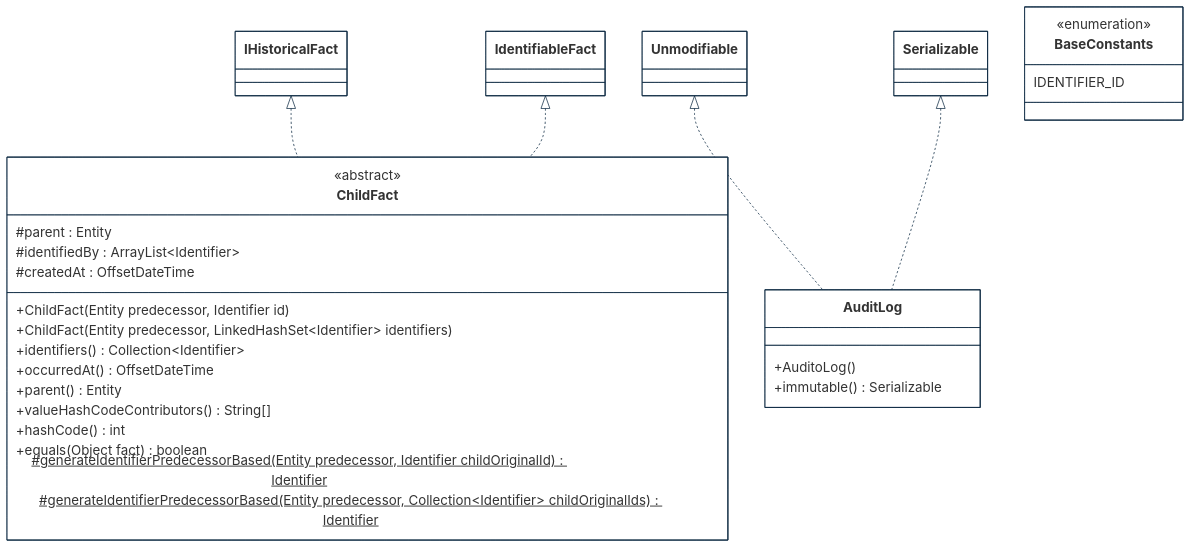
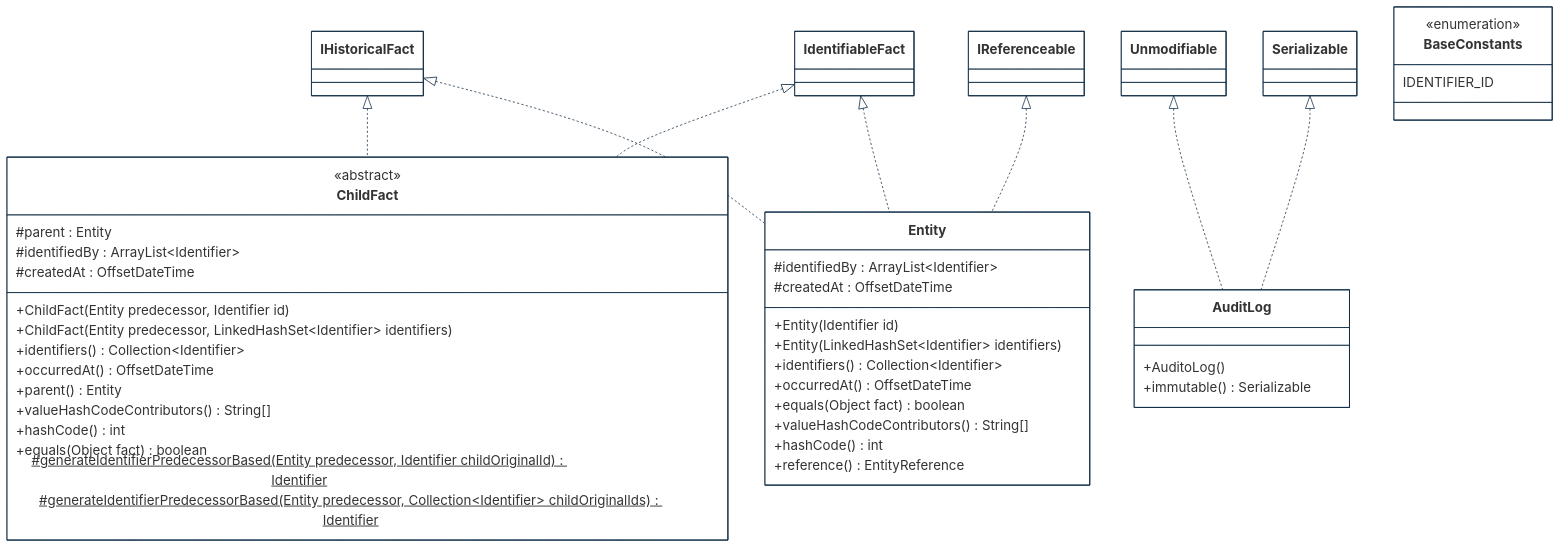
One commit to cybnity/foundation changed the first of 5 diagrams in implementations-line/framework/immutable/designview-packages.md. Above: the diagram before and after it, drawn with Mermaid. The commit also changed other lines of this file, not shown here.

````diff
--- a/implementations-line/framework/immutable/designview-packages.md
+++ b/implementations-line/framework/immutable/designview-packages.md
@@ -33,50 +34,65 @@
 ```mermaid
 %%{
   init: {
     'theme': 'base',
     'themeVariables': {
         'background': '#ffffff',
         'fontFamily': 'arial',
         'fontSize': '18px',
         'primaryColor': '#fff',
         'primaryBorderColor': '#0e2a43',
         'secondaryBorderColor': '#0e2a43',
         'tertiaryBorderColor': '#0e2a43',
         'edgeLabelBackground':'#0e2a43',
         'lineColor': '#0e2a43',
         'tertiaryColor': '#fff'
     }
   }
 }%%
 classDiagram
     IHistoricalFact <|.. ChildFact
     IdentifiableFact <|.. ChildFact
+    IHistoricalFact <|.. Entity
+    IdentifiableFact <|.. Entity
+    IReferenceable <|.. Entity
     Unmodifiable <|.. AuditLog
     Serializable <|.. AuditLog
 
+    class Entity {
+        #identifiedBy : ArrayList~Identifier~
+        #createdAt : OffsetDateTime
+        +Entity(Identifier id)
+        +Entity(LinkedHashSet~Identifier~ identifiers)
+        +identifiers() Collection~Identifier~
+        +occurredAt() OffsetDateTime
+        +equals(Object fact) boolean
+        +valueHashCodeContributors() String[]
+        +hashCode() int
+        +reference() EntityReference
+    }
     class AuditLog {
         +AuditoLog()
         +immutable() Serializable
     }
     class ChildFact {
         <<abstract>>
         #parent : Entity
         #identifiedBy : ArrayList~Identifier~
         #createdAt : OffsetDateTime
         +ChildFact(Entity predecessor, Identifier id)
         +ChildFact(Entity predecessor, LinkedHashSet~Identifier~ identifiers)
         +identifiers() Collection~Identifier~
         +occurredAt() OffsetDateTime
         +parent() Entity
         +valueHashCodeContributors() String[]
         +hashCode() int
         +equals(Object fact) boolean
         #generateIdentifierPredecessorBased(Entity predecessor, Identifier childOriginalId)$ Identifier
         #generateIdentifierPredecessorBased(Entity predecessor, Collection~Identifier~ childOriginalIds)$ Identifier
     }
     class BaseConstants {
         <<enumeration>>
         IDENTIFIER_ID
     }
 
 ```
````
